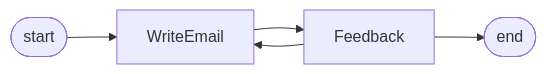
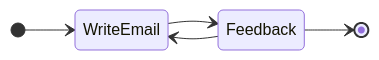
The second of 2 diagrams in tests/README.md (lars20070/deepresearcher2), drawn with Mermaid before and after one commit. The commit also changed other lines of this file and 2 other files, not shown here.

Commit message:
auto-generate Mermaid code in tests

````diff
--- a/tests/README.md
+++ b/tests/README.md
@@ -20,11 +21,8 @@
 ``` mermaid
-flowchart LR
-    Start(["start"])
-    WriteEmail
-    Feedback
-    End(["end"])
-    Start --> WriteEmail
+stateDiagram-v2
+    direction LR
+    [*] --> WriteEmail
     WriteEmail --> Feedback
     Feedback --> WriteEmail
-    Feedback --> End
+    Feedback --> [*]
 ```
````
